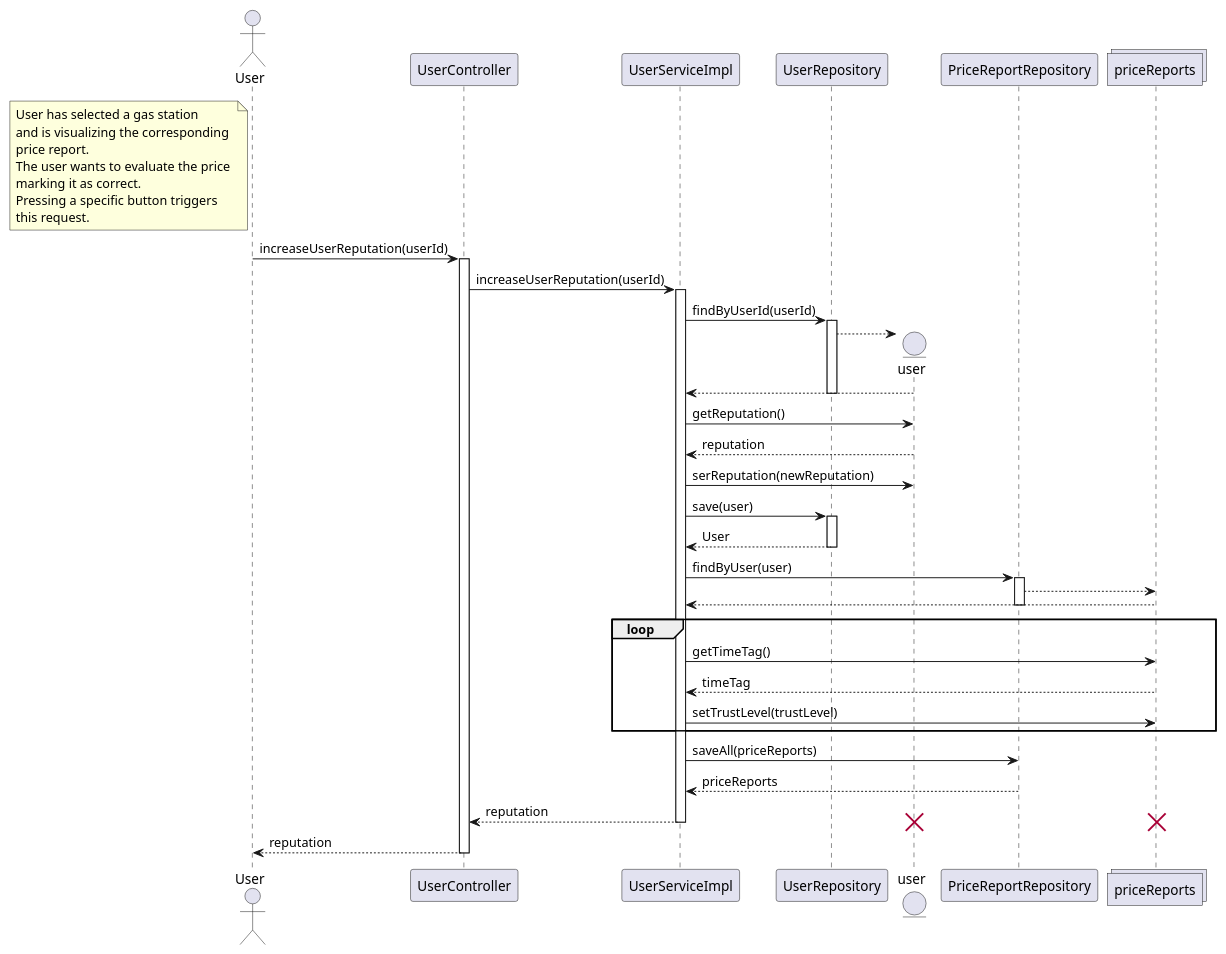
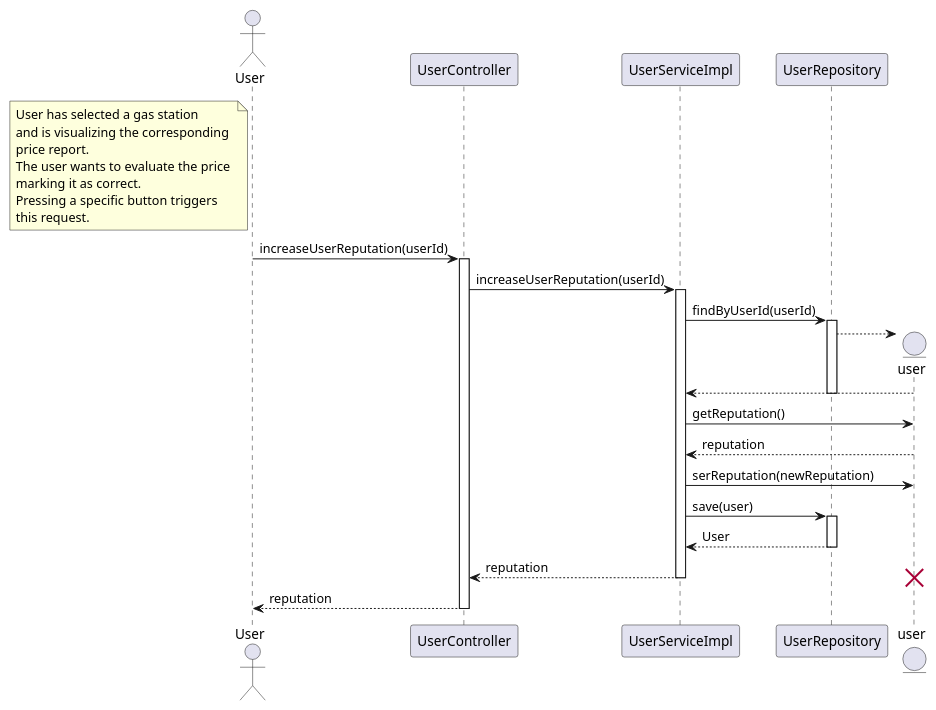
One commit to lucarinelli/ezgas changed diagram 13 of 13 in docs/DesignDocument.md. Above: the diagram before and after it, drawn with PlantUML.

Commit message:
docs: update sequence diagram

````diff
--- a/docs/DesignDocument.md
+++ b/docs/DesignDocument.md
@@ -777,76 +777,53 @@
 ```plantuml
 @startuml
 
 actor "User" as ua
 
 note left of ua
 User has selected a gas station
 and is visualizing the corresponding
 price report.
 The user wants to evaluate the price 
 marking it as correct.
 Pressing a specific button triggers
 this request.
 end note
 
 participant UserController as uc
 ua -> uc : increaseUserReputation(userId)
 activate uc
 
 
 
 participant UserServiceImpl as usi
 uc -> usi : increaseUserReputation(userId)
 activate usi
 
 participant UserRepository as ur
 entity user as u_i
 
 usi -> ur : findByUserId(userId)
 activate ur
 ur --> u_i **
 u_i --> usi
 deactivate ur
 
 
 usi -> u_i : getReputation()
 u_i --> usi : reputation
 usi -> u_i : serReputation(newReputation)
 
 usi -> ur : save(user)
 activate ur
 ur --> usi : User
 deactivate ur
 
-participant PriceReportRepository as prr
-collections priceReports as prs
-
-usi -> prr : findByUser(user)
-activate prr
-prr --> prs
-prs --> usi
-deactivate prr
-
-loop
-
-usi -> prs : getTimeTag()
-prs --> usi : timeTag
-usi -> prs : setTrustLevel(trustLevel)
-
-end
-
-activate prr
-usi -> prr : saveAll(priceReports)
-prr --> usi : priceReports
-deactivate prr
-
 usi --> uc : reputation
 destroy u_i
-destroy prs
 deactivate usi
 
 uc --> ua : reputation
 deactivate uc
 
 @enduml
 ```
````
